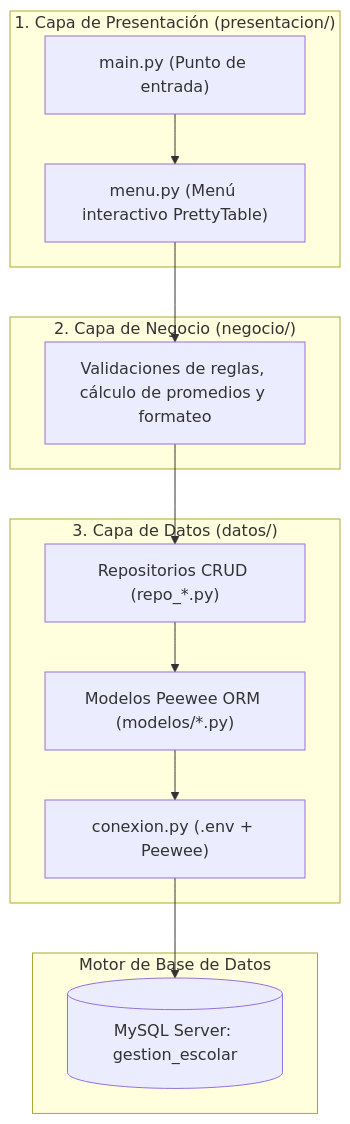
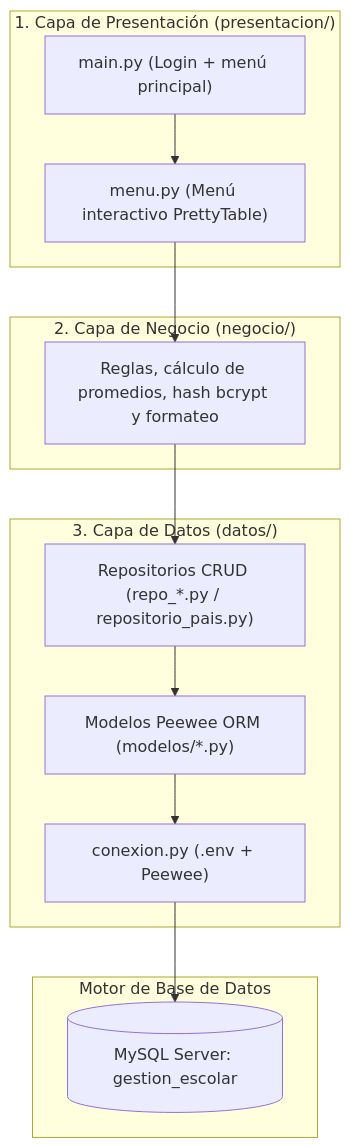
The second of 3 diagrams in INFORME_TECNICO_PROYECTO.md (Jeraco-hub/Gestion_Escolar), drawn with Mermaid before and after one commit. The commit also changed other lines of this file and 13 other files, not shown here.

````diff
--- a/INFORME_TECNICO_PROYECTO.md
+++ b/INFORME_TECNICO_PROYECTO.md
@@ -86,28 +179,28 @@
 ```mermaid
 flowchart TD
     subgraph CAPA_PRESENTACION["1. Capa de Presentación (presentacion/)"]
-        UI["main.py (Punto de entrada)"]
+        UI["main.py (Login + menú principal)"]
         MENU["menu.py (Menú interactivo PrettyTable)"]
     end
 
     subgraph CAPA_NEGOCIO["2. Capa de Negocio (negocio/)"]
-        RULES["Validaciones de reglas, cálculo de promedios y formateo"]
+        RULES["Reglas, cálculo de promedios, hash bcrypt y formateo"]
     end
 
     subgraph CAPA_DATOS["3. Capa de Datos (datos/)"]
-        REPOS["Repositorios CRUD (repo_*.py)"]
+        REPOS["Repositorios CRUD (repo_*.py / repositorio_pais.py)"]
         MODELS["Modelos Peewee ORM (modelos/*.py)"]
         CONN["conexion.py (.env + Peewee)"]
     end
 
     subgraph DB["Motor de Base de Datos"]
         MYSQL[(MySQL Server: gestion_escolar)]
     end
 
     UI --> MENU
     MENU --> RULES
     RULES --> REPOS
     REPOS --> MODELS
     MODELS --> CONN
     CONN --> MYSQL
 ```
````
